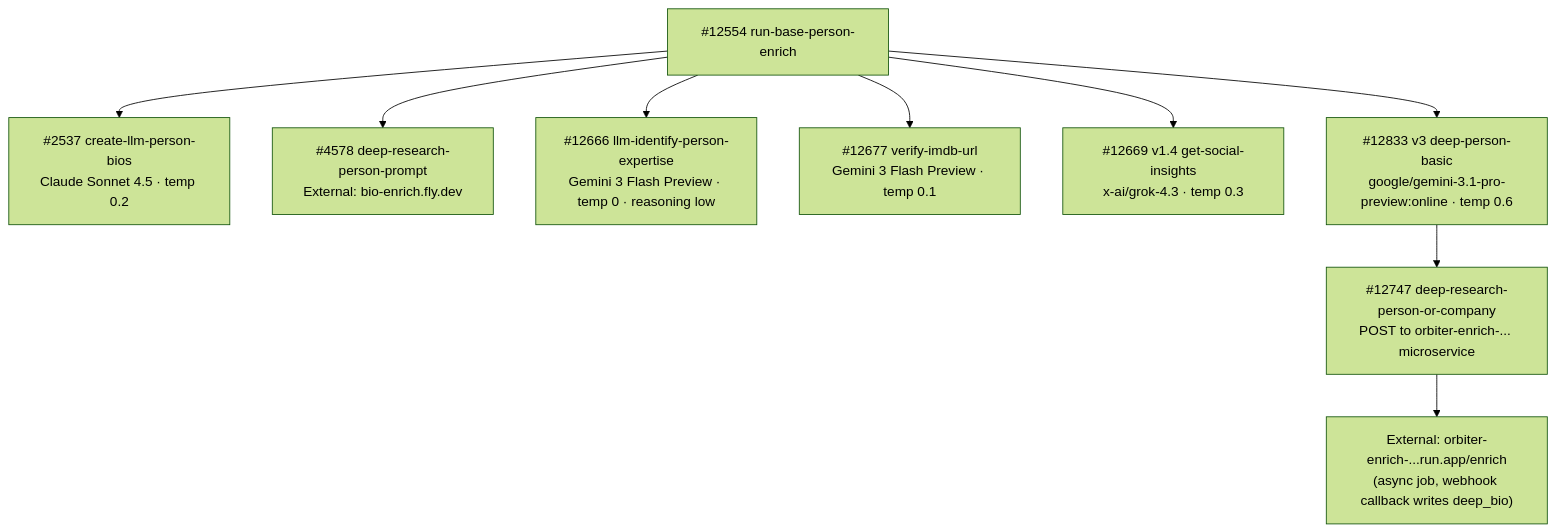
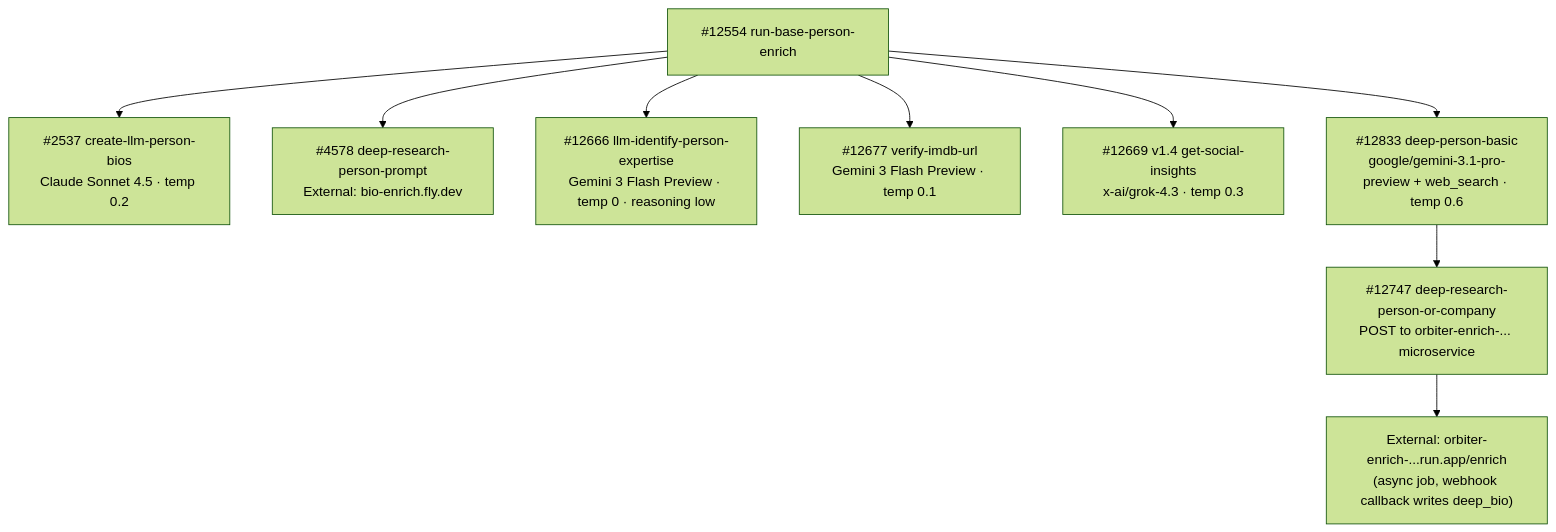
The diagram in guides/enrichment/person-pipeline/model-summary.mdx (M-Pederson/docs), drawn with Mermaid (forest theme) before and after one commit. The commit also changed other lines of this file and 15 other files, not shown here.

Commit message:
Document OpenRouter web search migration

````diff
--- a/guides/enrichment/person-pipeline/model-summary.mdx
+++ b/guides/enrichment/person-pipeline/model-summary.mdx
@@ -82,11 +82,11 @@
 ```mermaid
 graph TD
     A["#12554 run-base-person-enrich"] --> B["#2537 create-llm-person-bios<br/>Claude Sonnet 4.5 · temp 0.2"]
     A --> C["#4578 deep-research-person-prompt<br/>External: bio-enrich.fly.dev"]
     A --> D["#12666 llm-identify-person-expertise<br/>Gemini 3 Flash Preview · temp 0 · reasoning low"]
     A --> E["#12677 verify-imdb-url<br/>Gemini 3 Flash Preview · temp 0.1"]
     A --> F["#12669 v1.4 get-social-insights<br/>x-ai/grok-4.3 · temp 0.3"]
-    A --> G["#12833 v3 deep-person-basic<br/>google/gemini-3.1-pro-preview:online · temp 0.6"]
+    A --> G["#12833 deep-person-basic<br/>google/gemini-3.1-pro-preview + web_search · temp 0.6"]
     G --> H["#12747 deep-research-person-or-company<br/>POST to orbiter-enrich-... microservice"]
     H --> I["External: orbiter-enrich-...run.app/enrich<br/>(async job, webhook callback writes deep_bio)"]
 ```
````
